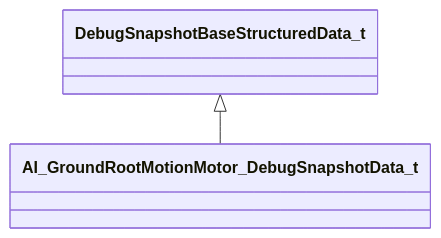
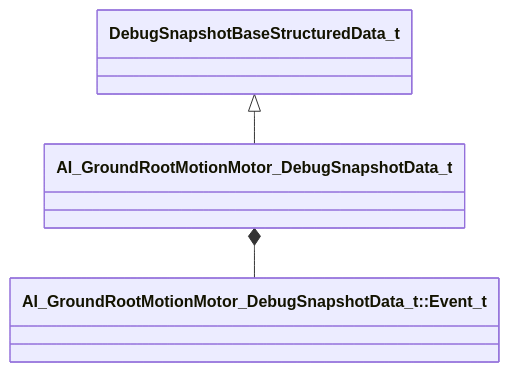
Before and after one commit to CS2OpenDev/CS2OpenDev-Docs: the diagram in docs/generated/schemas/server/AI_GroundRootMotionMotor_DebugSnapshotData_t.md, drawn with Mermaid. The commit also changed other lines of this file and 4525 other files, not shown here.

````diff
--- a/docs/generated/schemas/server/AI_GroundRootMotionMotor_DebugSnapshotData_t.md
+++ b/docs/generated/schemas/server/AI_GroundRootMotionMotor_DebugSnapshotData_t.md
@@ -19,4 +21,5 @@
 ```mermaid
 classDiagram
     DebugSnapshotBaseStructuredData_t <|-- AI_GroundRootMotionMotor_DebugSnapshotData_t
+    AI_GroundRootMotionMotor_DebugSnapshotData_t *-- `AI_GroundRootMotionMotor_DebugSnapshotData_t::Event_t`
 ```
````
